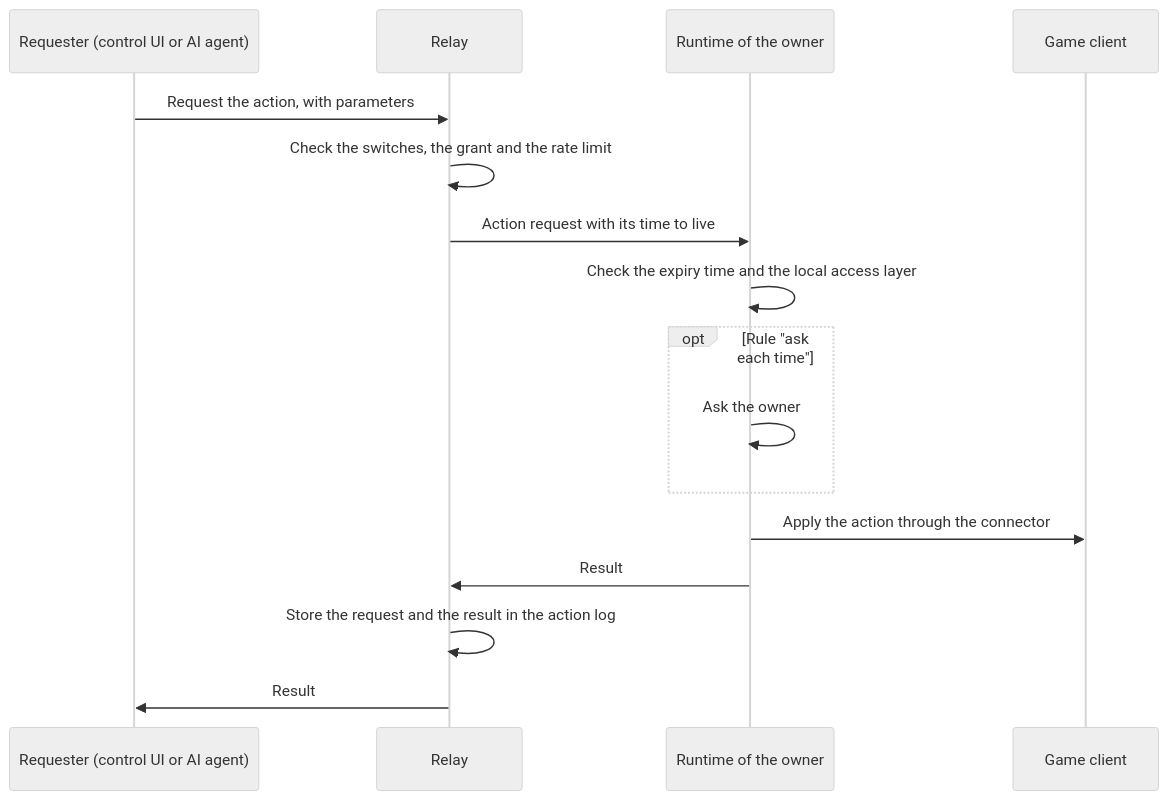
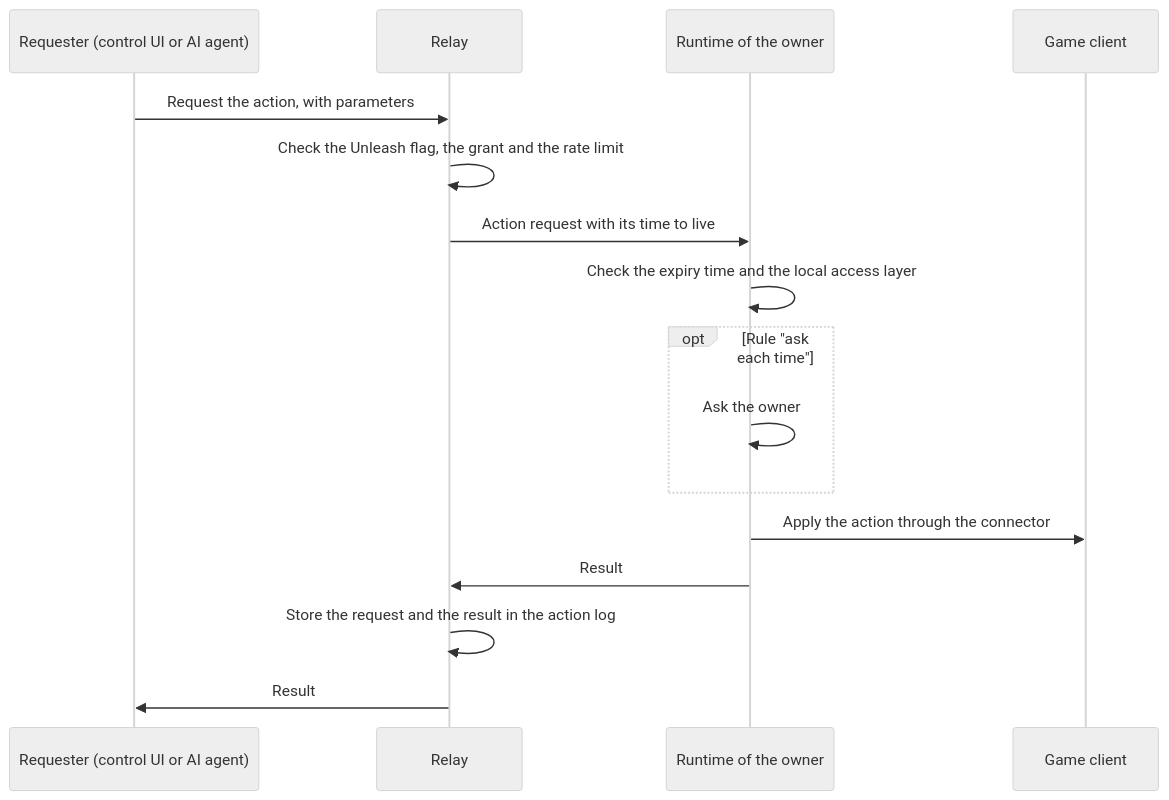
Before and after one commit to simonknittel/sam: the second of 2 diagrams in docs/remote-control-program/README.md, drawn with Mermaid (neutral theme). The commit also changed other lines of this file and 2 other files, not shown here.

First line of the commit message:
docs: describe the one Unleash flag of the Remote Control Program

````diff
--- a/docs/remote-control-program/README.md
+++ b/docs/remote-control-program/README.md
@@ -281,19 +280,19 @@
 ```mermaid
 sequenceDiagram
   participant requester as Requester (control UI or AI agent)
   participant relay as Relay
   participant runtime as Runtime of the owner
   participant game as Game client
 
   requester->>relay: Request the action, with parameters
-  relay->>relay: Check the switches, the grant and the rate limit
+  relay->>relay: Check the Unleash flag, the grant and the rate limit
   relay->>runtime: Action request with its time to live
   runtime->>runtime: Check the expiry time and the local access layer
   opt Rule "ask each time"
     runtime->>runtime: Ask the owner
   end
   runtime->>game: Apply the action through the connector
   runtime->>relay: Result
   relay->>relay: Store the request and the result in the action log
   relay->>requester: Result
 ```
````
